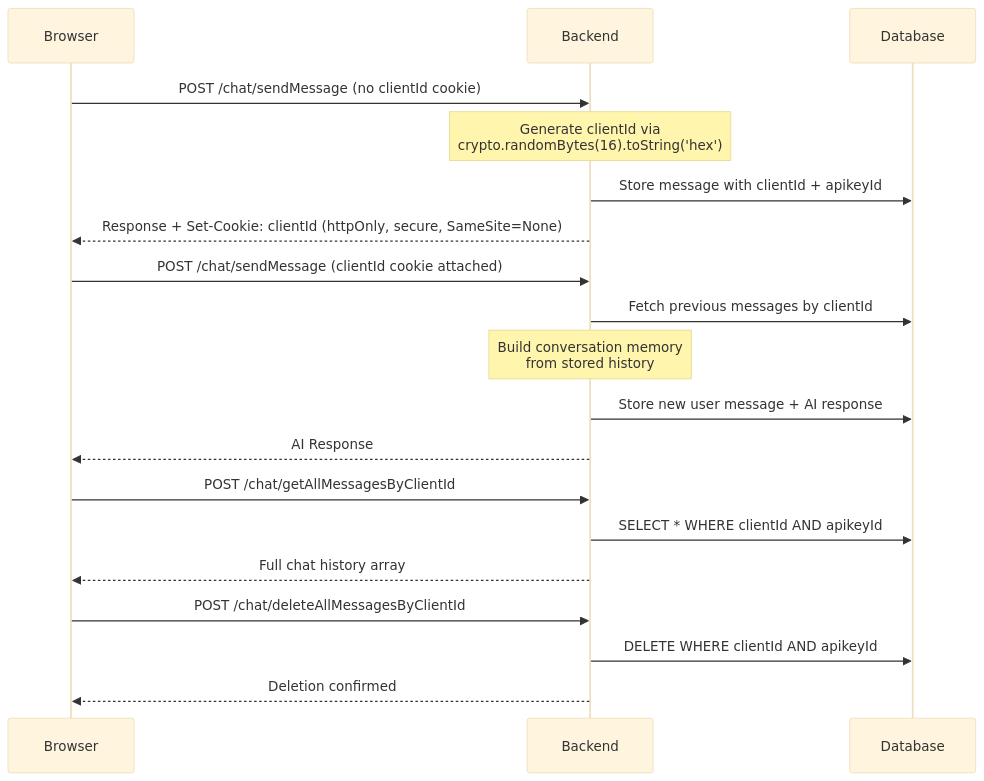
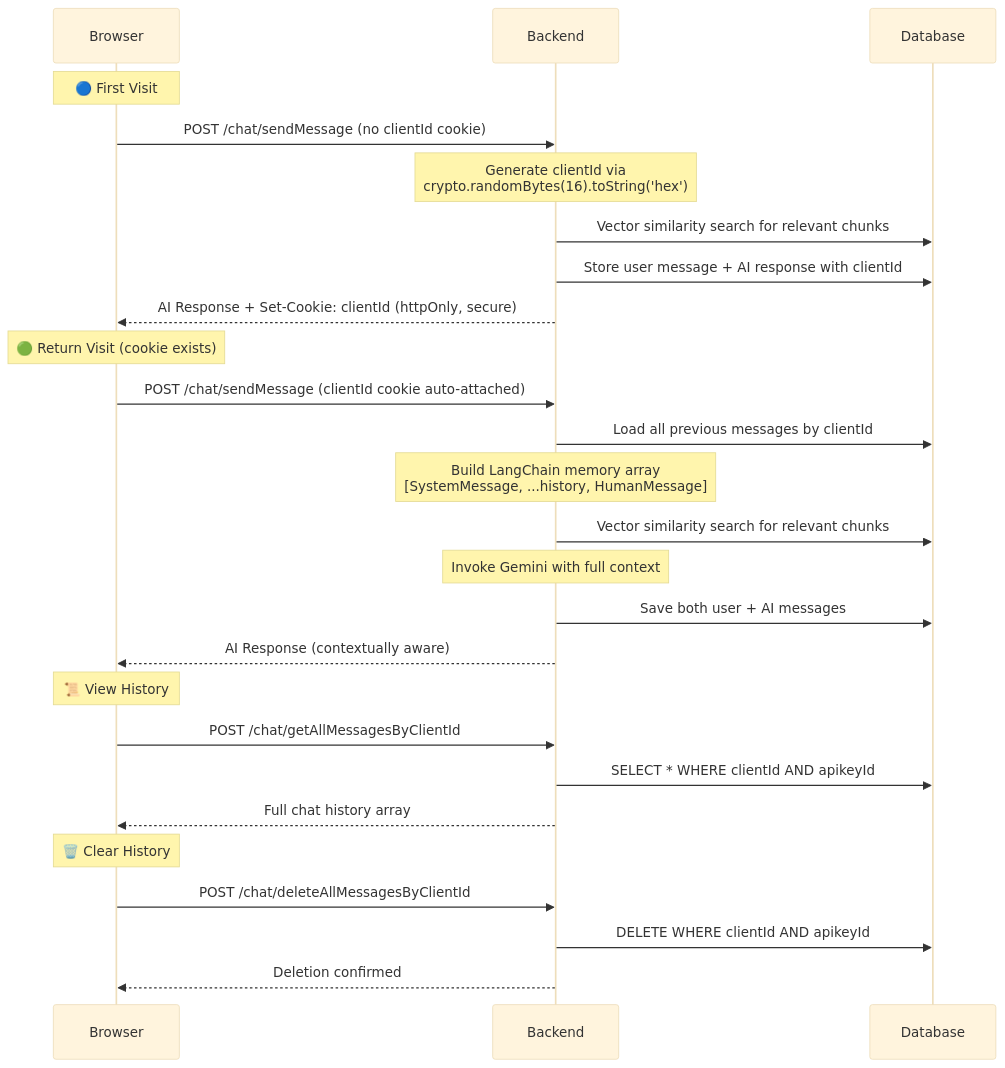
One commit to hashalagayendra/Think-Base.dev-readme-file changed the second of 2 diagrams in README.md. Above: the diagram before and after it, drawn with Mermaid (base theme). The commit also changed other lines of this file, not shown here.

````diff
--- a/README.md
+++ b/README.md
@@ -475,25 +596,32 @@
 ```mermaid
 sequenceDiagram
     participant Browser
     participant Backend
     participant Database
 
+    Note over Browser: 🔵 First Visit
     Browser->>Backend: POST /chat/sendMessage (no clientId cookie)
     Note over Backend: Generate clientId via<br/>crypto.randomBytes(16).toString('hex')
-    Backend->>Database: Store message with clientId + apikeyId
-    Backend-->>Browser: Response + Set-Cookie: clientId (httpOnly, secure, SameSite=None)
+    Backend->>Database: Vector similarity search for relevant chunks
+    Backend->>Database: Store user message + AI response with clientId
+    Backend-->>Browser: AI Response + Set-Cookie: clientId (httpOnly, secure)
 
-    Browser->>Backend: POST /chat/sendMessage (clientId cookie attached)
-    Backend->>Database: Fetch previous messages by clientId
-    Note over Backend: Build conversation memory<br/>from stored history
-    Backend->>Database: Store new user message + AI response
-    Backend-->>Browser: AI Response
+    Note over Browser: 🟢 Return Visit (cookie exists)
+    Browser->>Backend: POST /chat/sendMessage (clientId cookie auto-attached)
+    Backend->>Database: Load all previous messages by clientId
+    Note over Backend: Build LangChain memory array<br/>[SystemMessage, ...history, HumanMessage]
+    Backend->>Database: Vector similarity search for relevant chunks
+    Note over Backend: Invoke Gemini with full context
+    Backend->>Database: Save both user + AI messages
+    Backend-->>Browser: AI Response (contextually aware)
 
+    Note over Browser: 📜 View History
     Browser->>Backend: POST /chat/getAllMessagesByClientId
     Backend->>Database: SELECT * WHERE clientId AND apikeyId
     Backend-->>Browser: Full chat history array
 
+    Note over Browser: 🗑️ Clear History
     Browser->>Backend: POST /chat/deleteAllMessagesByClientId
     Backend->>Database: DELETE WHERE clientId AND apikeyId
     Backend-->>Browser: Deletion confirmed
 ```
````
